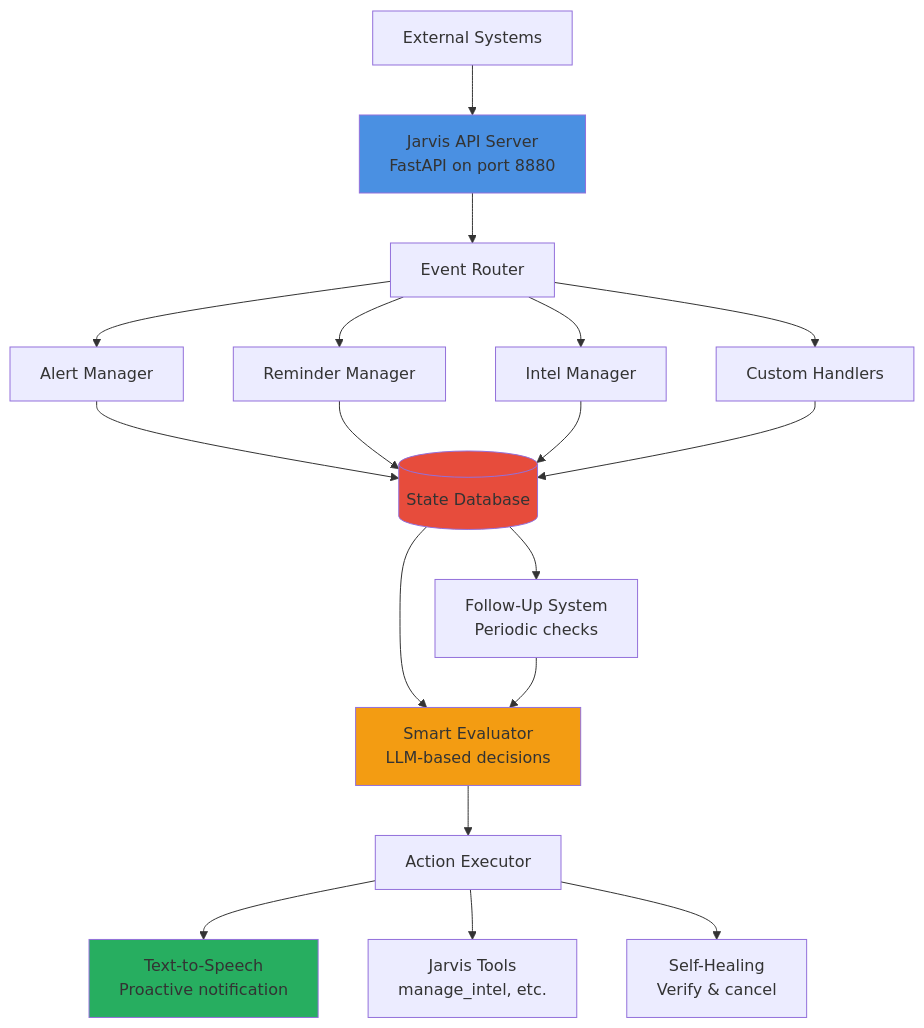
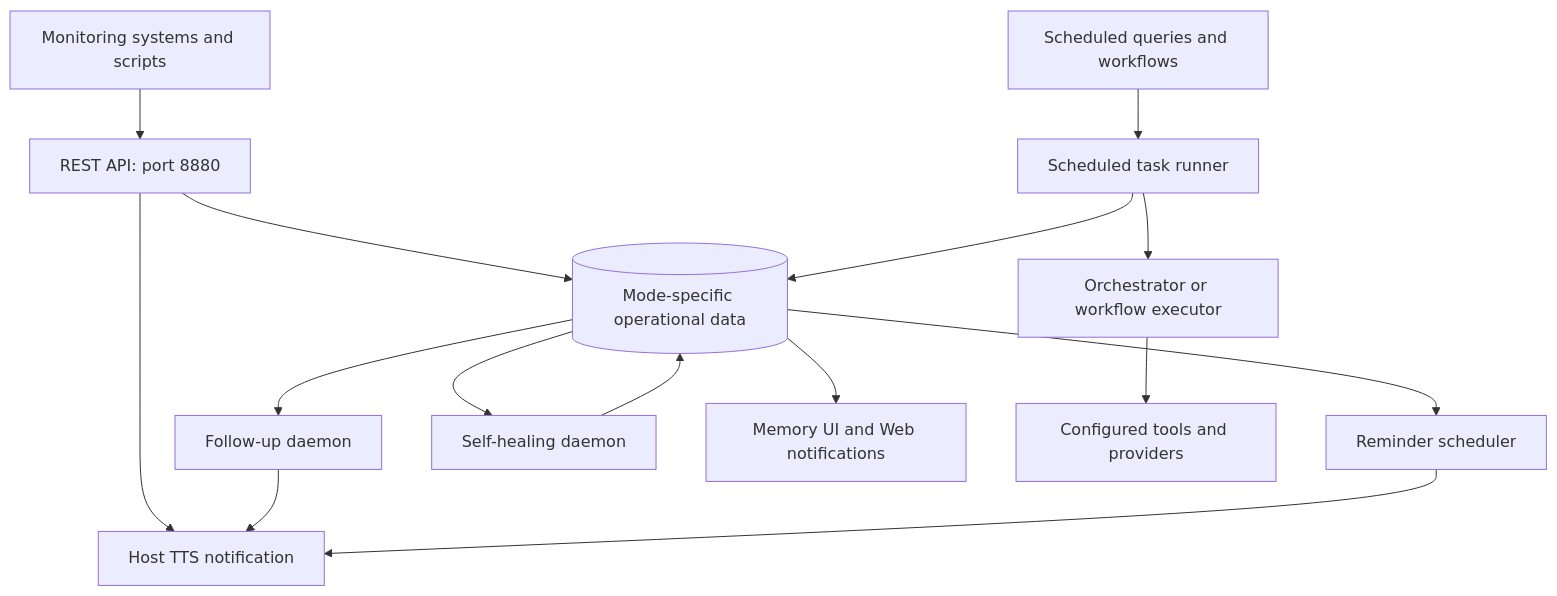
The diagram in docs/service/PROACTIVE_ASSISTANT_SYSTEM.md (bigsk1/jarvis-voice), drawn with Mermaid before and after one commit. The commit also changed other lines of this file and 20 other files, not shown here.

````diff
--- a/docs/service/PROACTIVE_ASSISTANT_SYSTEM.md
+++ b/docs/service/PROACTIVE_ASSISTANT_SYSTEM.md
@@ -53,30 +32,17 @@
 ```mermaid
-graph TB
-    External[External Systems] --> API[Jarvis API Server<br/>FastAPI on port 8880]
-    API --> Router[Event Router]
-
-    Router --> Alerts[Alert Manager]
-    Router --> Reminders[Reminder Manager]
-    Router --> Intel[Intel Manager]
-    Router --> Custom[Custom Handlers]
-
-    Alerts --> DB[(State Database)]
-    Reminders --> DB
-    Intel --> DB
-    Custom --> DB
-
-    DB --> Evaluator[Smart Evaluator<br/>LLM-based decisions]
-
-    Evaluator --> Actions[Action Executor]
-    Actions --> TTS[Text-to-Speech<br/>Proactive notification]
-    Actions --> Tools[Jarvis Tools<br/>manage_intel, etc.]
-    Actions --> SelfCheck[Self-Healing<br/>Verify & cancel]
-
-    DB --> FollowUp[Follow-Up System<br/>Periodic checks]
-    FollowUp --> Evaluator
-
-    style API fill:#4a90e2
-    style DB fill:#e74c3c
-    style Evaluator fill:#f39c12
-    style TTS fill:#27ae60
+flowchart TD
+    External[Monitoring systems and scripts] --> API[REST API: port 8880]
+    API --> State[(Mode-specific operational data)]
+    API --> Notify[Host TTS notification]
+    State --> Followup[Follow-up daemon]
+    State --> Reminders[Reminder scheduler]
+    State --> Healing[Self-healing daemon]
+    Followup --> Notify
+    Reminders --> Notify
+    Healing --> State
+    State --> UI[Memory UI and Web notifications]
+    Schedules[Scheduled queries and workflows] --> Runner[Scheduled task runner]
+    Runner --> Execute[Orchestrator or workflow executor]
+    Execute --> Tools[Configured tools and providers]
+    Runner --> State
 ```
````
